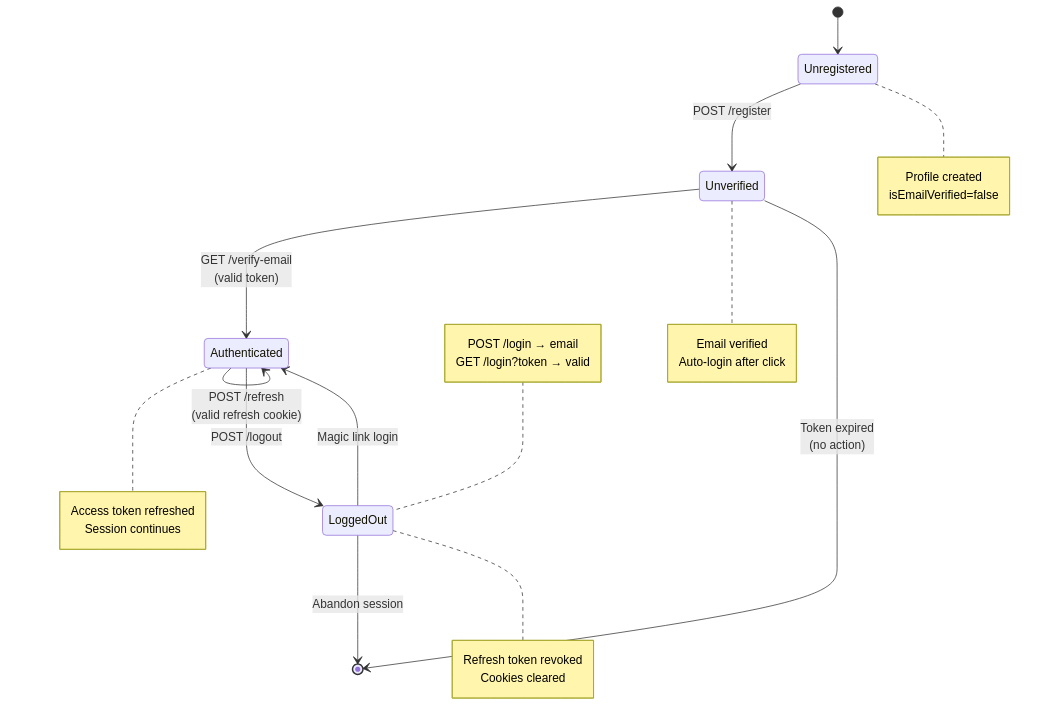
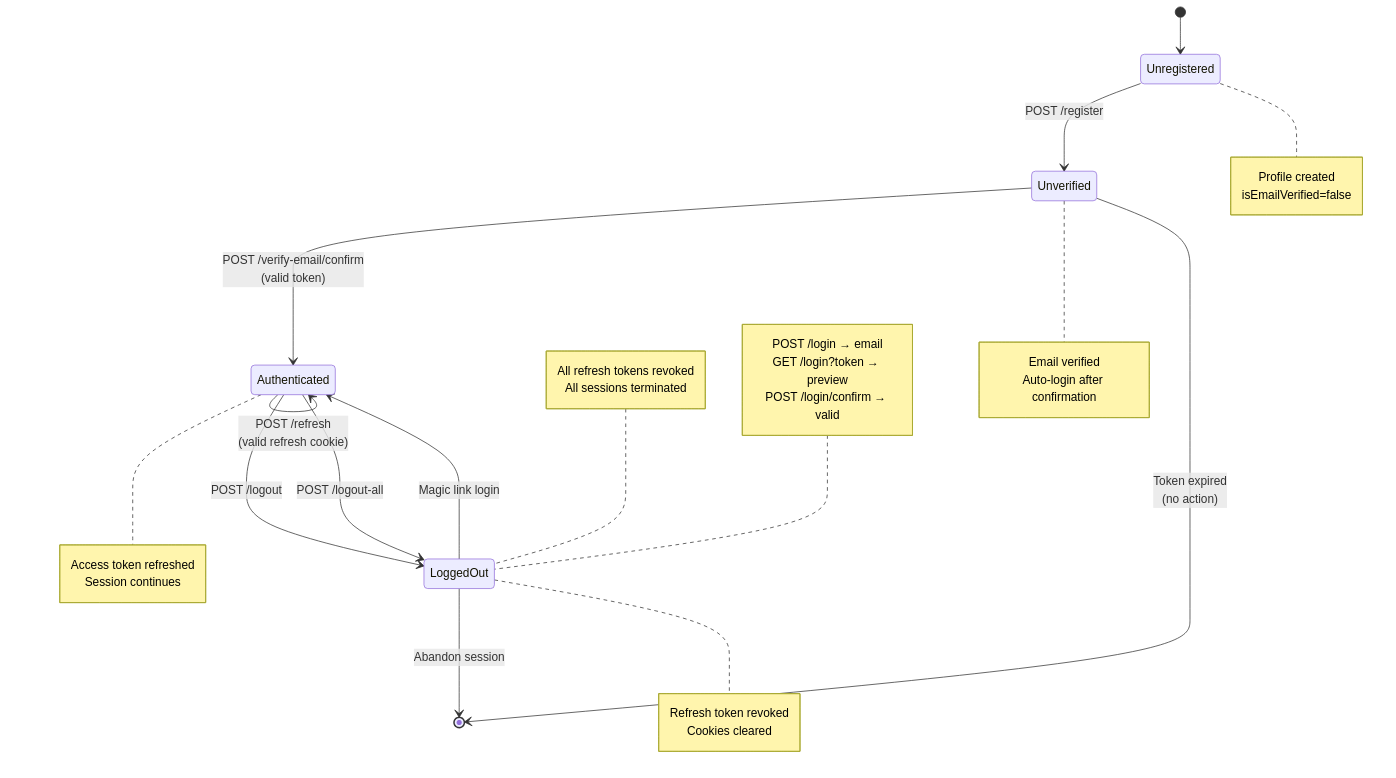
One commit to Labs-de-Games/guardiao-da-cultura changed the fourth of 5 diagrams in authentication-authorization-implementation-plan.md. Above: the diagram before and after it, drawn with Mermaid. The commit also changed other lines of this file, not shown here.

Commit message:
docs(auth): revise implementation plan with security fixes and architectural corrections

````diff
--- a/authentication-authorization-implementation-plan.md
+++ b/authentication-authorization-implementation-plan.md
@@ -233,38 +270,45 @@
 ```mermaid
 stateDiagram-v2
     [*] --> Unregistered
 
     Unregistered --> Unverified : POST /register
     note right of Unregistered
         Profile created
         isEmailVerified=false
     end note
 
-    Unverified --> Authenticated : GET /verify-email<br/>(valid token)
+    Unverified --> Authenticated : POST /verify-email/confirm<br/>(valid token)
     note right of Unverified
         Email verified
-        Auto-login after click
+        Auto-login after confirmation
     end note
 
     Unverified --> [*] : Token expired<br/>(no action)
 
     Authenticated --> Authenticated : POST /refresh<br/>(valid refresh cookie)
     note right of Authenticated
         Access token refreshed
         Session continues
     end note
 
     Authenticated --> LoggedOut : POST /logout
     note right of LoggedOut
         Refresh token revoked
         Cookies cleared
     end note
 
+    Authenticated --> LoggedOut : POST /logout-all
+    note left of LoggedOut
+        All refresh tokens revoked
+        All sessions terminated
+    end note
+
     LoggedOut --> Authenticated : Magic link login
     note left of LoggedOut
         POST /login → email
-        GET /login?token → valid
+        GET /login?token → preview
+        POST /login/confirm → valid
     end note
 
     LoggedOut --> [*] : Abandon session
 ```
````
